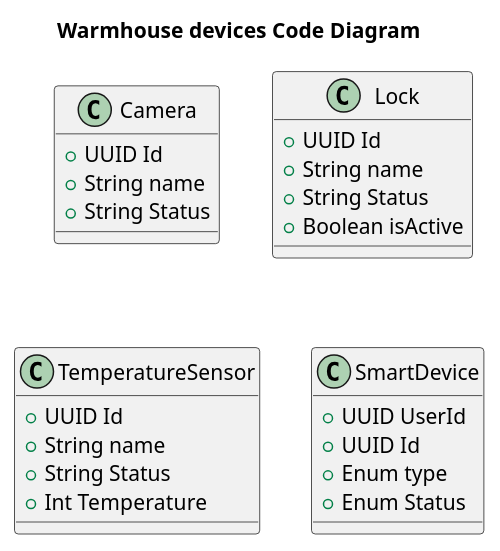
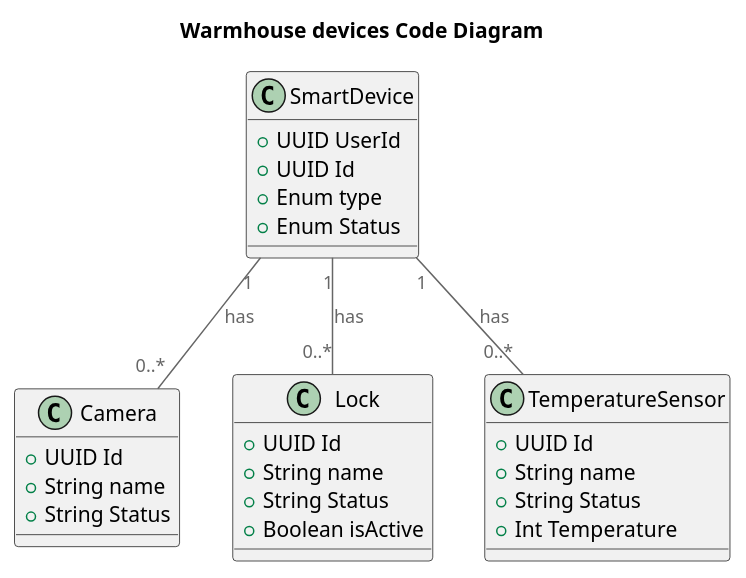
One commit to notherland/architecture-warmhouse changed the diagram in diagrams/uml/Sensor_code.puml. Above: the diagram before and after it, drawn with PlantUML. The commit also changed 3 other files, not shown here.

Commit message:
Fixed diagrams

```diff
--- a/diagrams/uml/Sensor_code.puml
+++ b/diagrams/uml/Sensor_code.puml
@@ -1,37 +1,41 @@
 @startuml
 title Warmhouse devices Code Diagram
 
 top to bottom direction
 
 !include <C4/C4_Container>
 
 class Camera {
   +UUID Id
   +String name
   +String Status
 }
 
 class Lock {
   +UUID Id
   +String name
   +String Status
   +Boolean isActive
 }
 
 class TemperatureSensor {
    +UUID Id
    +String name
    +String Status
    +Int Temperature
  }
 
 
 
 class SmartDevice {
     +UUID UserId
     +UUID Id
     +Enum type
     +Enum Status
 }
 
+SmartDevice "1" -- "0..*" TemperatureSensor : has
+SmartDevice "1" -- "0..*" Lock : has
+SmartDevice "1" -- "0..*" Camera : has
+
 @enduml
```
